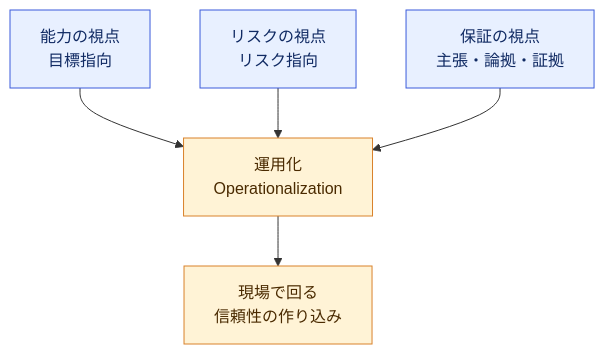
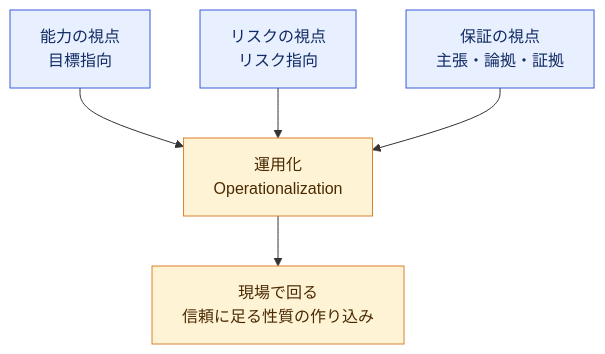
The seventh of 11 diagrams in Iso-iec-ts-30149-2024-guide.md (myoshi2891/Quality-Assurance-Studies), drawn with Mermaid before and after one commit. The commit also changed other lines of this file and 2 other files, not shown here.

````diff
--- a/Iso-iec-ts-30149-2024-guide.md
+++ b/Iso-iec-ts-30149-2024-guide.md
@@ -323,11 +325,11 @@
 ```mermaid
 flowchart TB
     V1["能力の視点<br/>目標指向"] --> O1["運用化<br/>Operationalization"]
     V2["リスクの視点<br/>リスク指向"] --> O1
     V3["保証の視点<br/>主張・論拠・証拠"] --> O1
-    O1 --> R1["現場で回る<br/>信頼性の作り込み"]
+    O1 --> R1["現場で回る<br/>信頼に足る性質の作り込み"]
     classDef v fill:#e8f0ff,stroke:#3b5bdb,color:#102a63
     classDef o fill:#fff3d6,stroke:#d9822b,color:#4a2a00
     class V1,V2,V3 v
     class O1,R1 o
 ```
````
